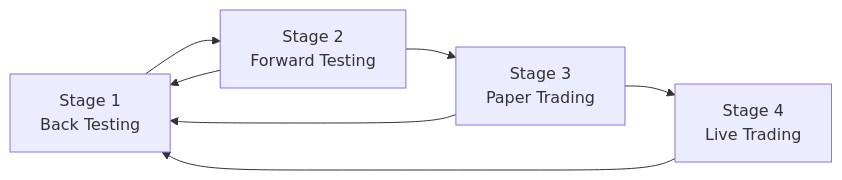
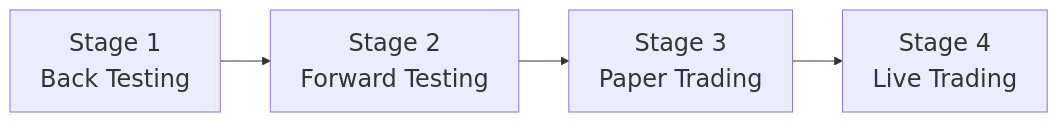
The diagram in docs/introduction/development.md (neurallayer/roboquant.py), drawn with Mermaid before and after one commit.

Commit message:
improved stage diagram

````diff
--- a/docs/introduction/development.md
+++ b/docs/introduction/development.md
@@ -25,13 +25,15 @@
 ```mermaid
+---
+config:
+    themeVariables:
+        fontSize: '24px'
+---
 flowchart LR
  
     A["Stage 1 <br> Back Testing"]
     B["Stage 2 <br> Forward Testing"]
     C["Stage 3 <br> Paper Trading"]
     D["Stage 4 <br> Live Trading"]
     
     A --> B --> C --> D
-    B --> A
-    C --> A
-    D --> A
 ```
````
